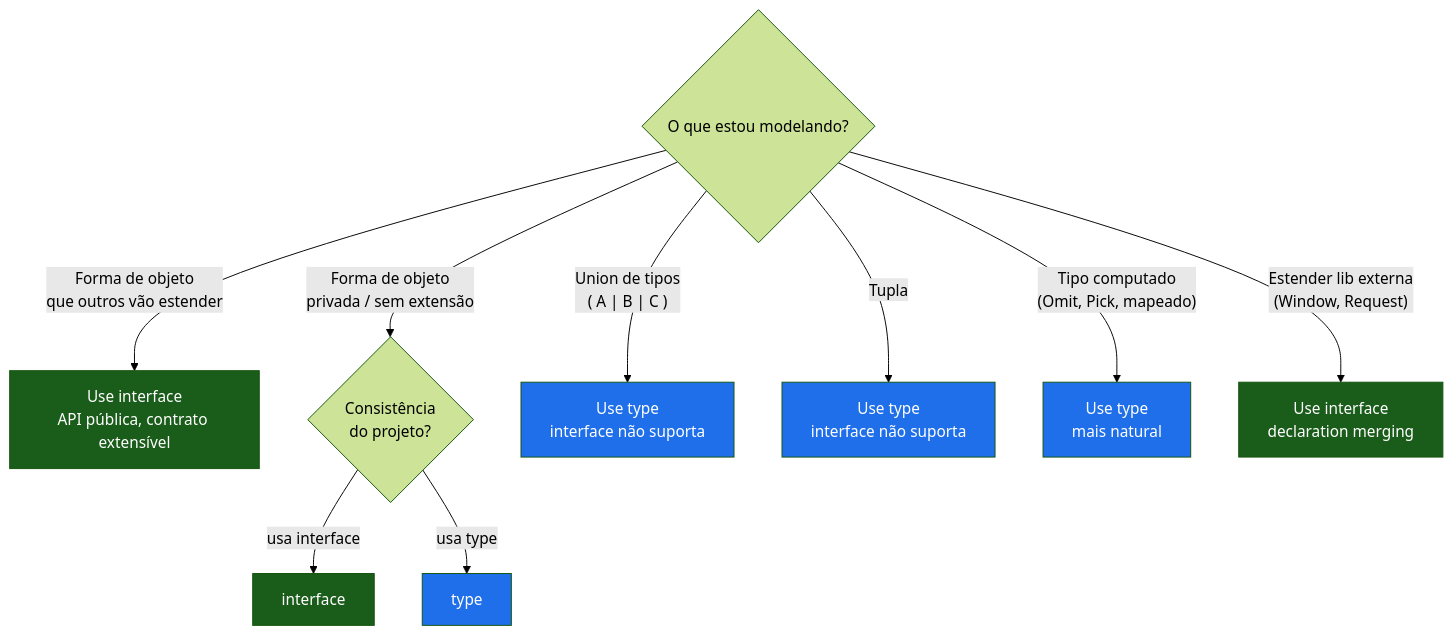
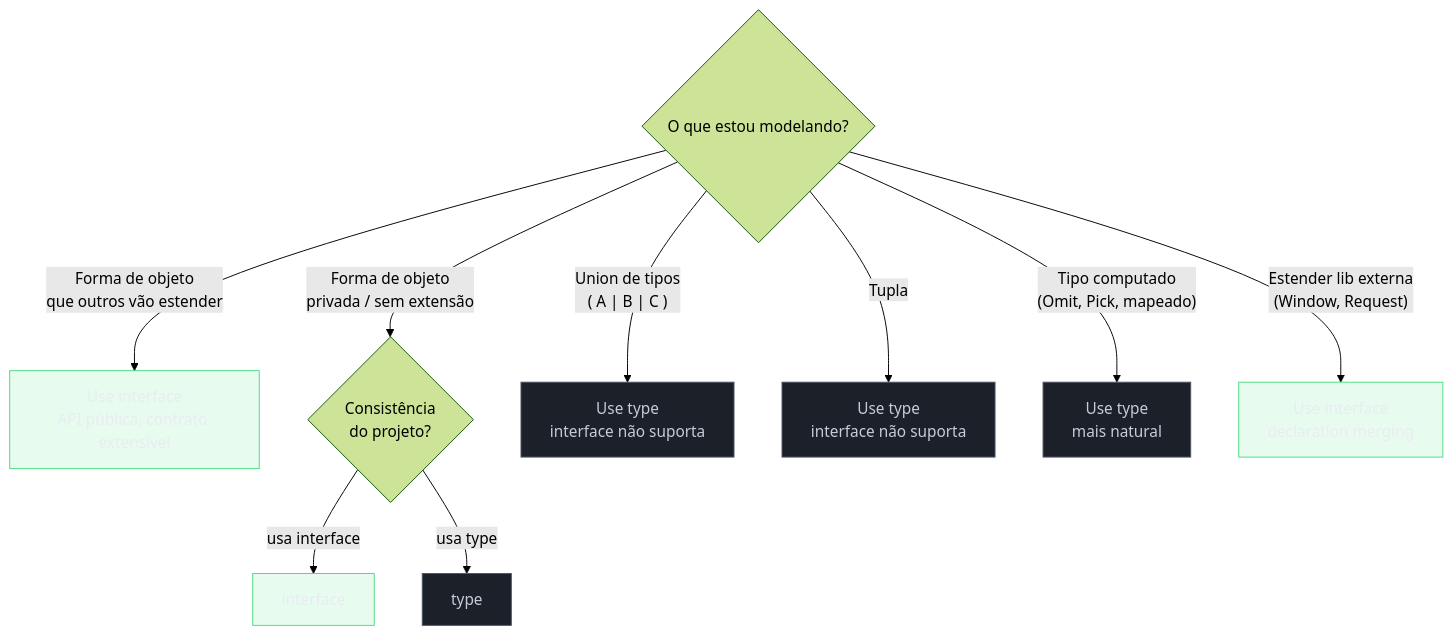
One commit to josenaldo/codex-technomanticus changed the fourth of 4 diagrams in 03-Dominios/Tecnologia/TypeScript/06 - Objetos - interface vs type.md. Above: the diagram before and after it, drawn with Mermaid (forest theme). The commit also changed other lines of this file and 1181 other files, not shown here.

First line of the commit message:
fix(diagramas): paleta do sistema no lugar de cor cravada no markdown

````diff
--- a/03-Dominios/Tecnologia/TypeScript/06 - Objetos - interface vs type.md
+++ b/03-Dominios/Tecnologia/TypeScript/06 - Objetos - interface vs type.md
@@ -533,21 +538,23 @@
 ```mermaid
 flowchart TD
+    classDef ok fill:#4ADE8021,stroke:#4ADE80,color:#E9ECF2
+    classDef neutro fill:#1B2029,stroke:#4E5666,color:#C6CCD8
     Q{"O que estou modelando?"}
 
     Q -->|"Forma de objeto<br/>que outros vão estender"| I["Use interface\nAPI pública, contrato extensível"]
     Q -->|"Forma de objeto<br/>privada / sem extensão"| EQ{"Consistência\ndo projeto?"}
     EQ -->|"usa interface"| I2["interface"]
     EQ -->|"usa type"| T2["type"]
     Q -->|"Union de tipos<br/>( A | B | C )"| T["Use type\ninterface não suporta"]
     Q -->|"Tupla"| T3["Use type\ninterface não suporta"]
     Q -->|"Tipo computado\n(Omit, Pick, mapeado)"| T4["Use type\nmais natural"]
     Q -->|"Estender lib externa\n(Window, Request)"| I3["Use interface\ndeclaration merging"]
 
-    style I fill:#1a5c1a,color:#fff
-    style I2 fill:#1a5c1a,color:#fff
-    style I3 fill:#1a5c1a,color:#fff
-    style T fill:#1f6feb,color:#fff
-    style T2 fill:#1f6feb,color:#fff
-    style T3 fill:#1f6feb,color:#fff
-    style T4 fill:#1f6feb,color:#fff
+    class I ok
+    class I2 ok
+    class I3 ok
+    class T neutro
+    class T2 neutro
+    class T3 neutro
+    class T4 neutro
 ```
````
